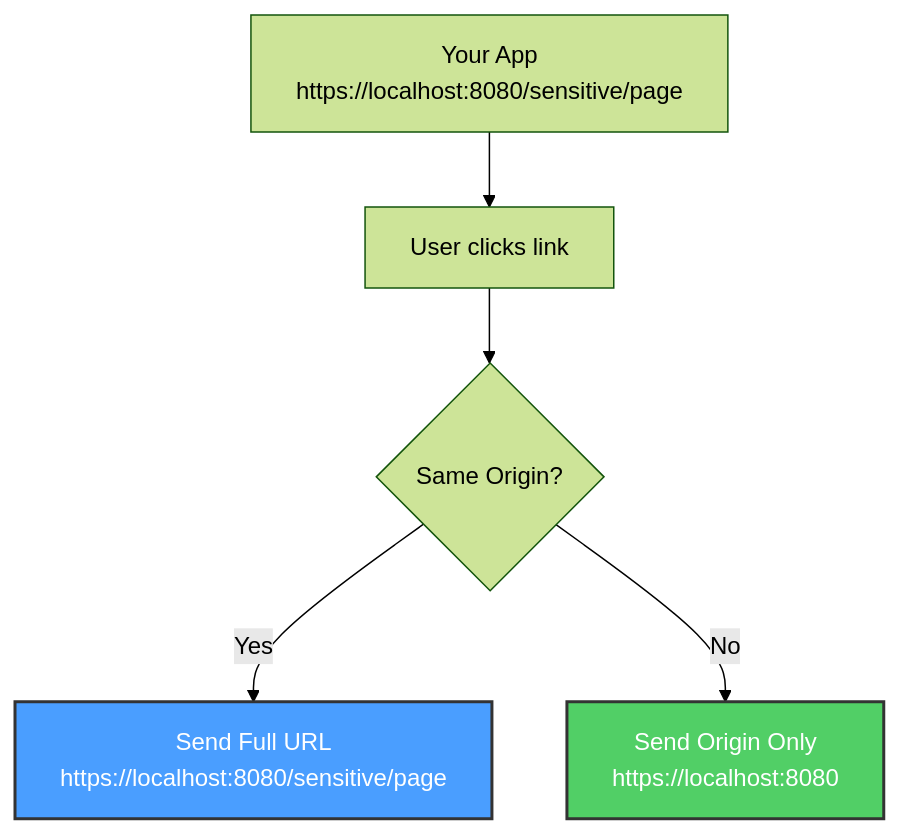
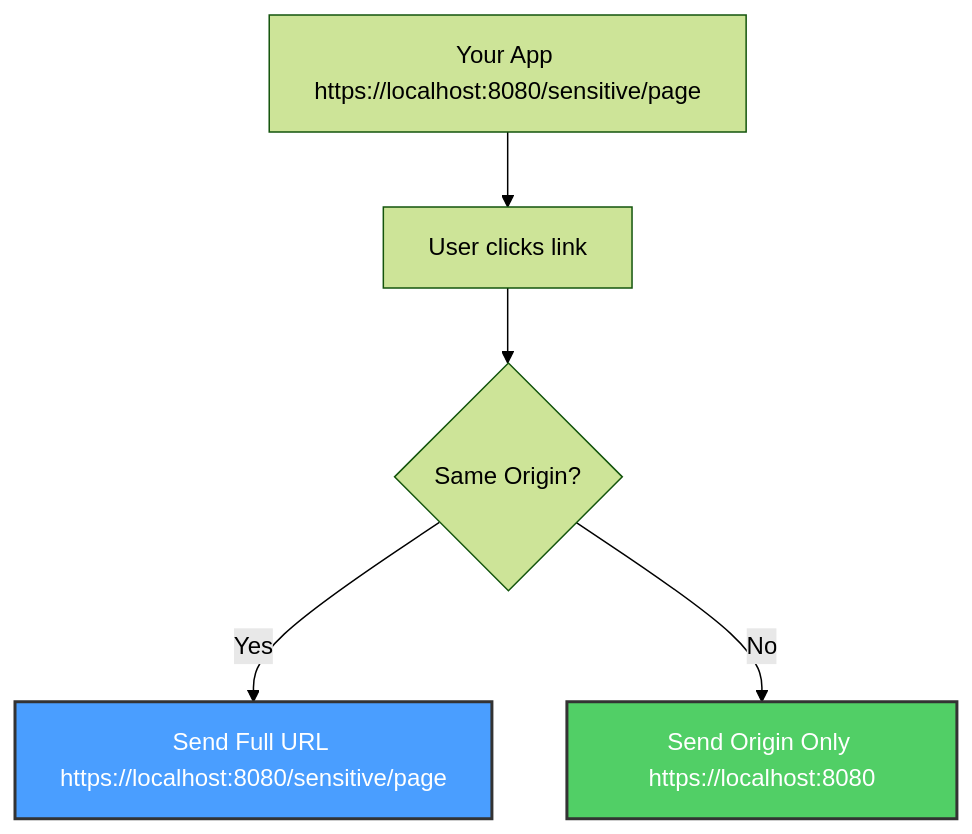
One commit to softwarewrighter/dev-proxy changed diagram 14 of 17 in wiki/Security.md. Above: the diagram before and after it, drawn with Mermaid (forest theme). The commit also changed other lines of this file and 6 other files, not shown here.

First line of the commit message:
Fix wiki Mermaid diagrams: remove <br/> tags

````diff
--- a/wiki/Security.md
+++ b/wiki/Security.md
@@ -418,12 +418,12 @@
 ```mermaid
 graph TB
-    YourApp[Your App<br/>https://localhost:8080/sensitive/page] --> Click[User clicks link]
+    YourApp[Your App https://localhost:8080/sensitive/page] --> Click[User clicks link]
 
     Click --> SameOrigin{Same Origin?}
 
-    SameOrigin -->|Yes| SendFull[Send Full URL<br/>https://localhost:8080/sensitive/page]
-    SameOrigin -->|No| SendOrigin[Send Origin Only<br/>https://localhost:8080]
+    SameOrigin -->|Yes| SendFull[Send Full URL https://localhost:8080/sensitive/page]
+    SameOrigin -->|No| SendOrigin[Send Origin Only https://localhost:8080]
 
     style SendFull fill:#4a9eff,stroke:#333,stroke-width:2px,color:#fff
     style SendOrigin fill:#51cf66,stroke:#333,stroke-width:2px,color:#fff
 ```
````
